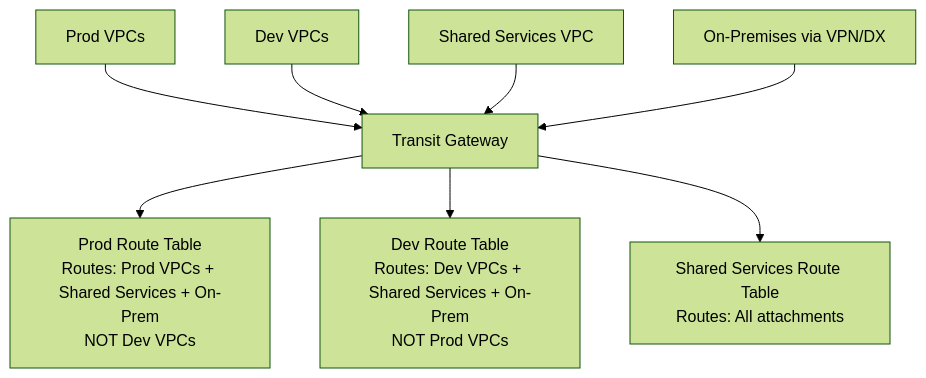
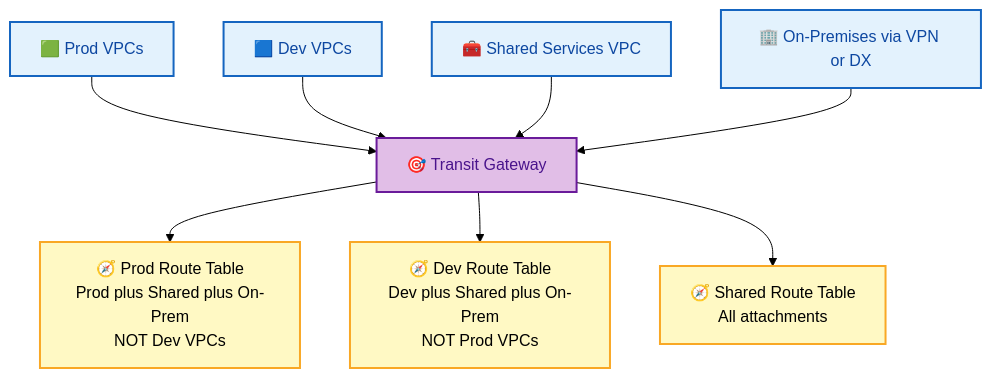
The sixth of 13 diagrams in aws/03-NETWORKING.md (rakesh-budde/devops-guide), drawn with Mermaid (forest theme) before and after one commit. The commit also changed other lines of this file and 73 other files, not shown here.

````diff
--- a/aws/03-NETWORKING.md
+++ b/aws/03-NETWORKING.md
@@ -388,11 +537,19 @@
 ```mermaid
 graph TD
-    ProdVPC[Prod VPCs] --> TGW[Transit Gateway]
-    DevVPC[Dev VPCs] --> TGW
-    SharedServices[Shared Services VPC] --> TGW
-    OnPrem[On-Premises via VPN/DX] --> TGW
-    
-    TGW --> ProdRT[Prod Route Table<br/>Routes: Prod VPCs + Shared Services + On-Prem<br/>NOT Dev VPCs]
-    TGW --> DevRT[Dev Route Table<br/>Routes: Dev VPCs + Shared Services + On-Prem<br/>NOT Prod VPCs]
-    TGW --> SharedRT[Shared Services Route Table<br/>Routes: All attachments]
+    ProdVPC["🟩 Prod VPCs"] --> TGW["🎯 Transit Gateway"]
+    DevVPC["🟦 Dev VPCs"] --> TGW
+    SharedServices["🧰 Shared Services VPC"] --> TGW
+    OnPrem["🏢 On-Premises via VPN or DX"] --> TGW
+    TGW --> ProdRT["🧭 Prod Route Table<br/>Prod plus Shared plus On-Prem<br/>NOT Dev VPCs"]
+    TGW --> DevRT["🧭 Dev Route Table<br/>Dev plus Shared plus On-Prem<br/>NOT Prod VPCs"]
+    TGW --> SharedRT["🧭 Shared Route Table<br/>All attachments"]
+    class ProdVPC,DevVPC,SharedServices,OnPrem start
+    class TGW ctrl
+    class ProdRT,DevRT,SharedRT proc
+    classDef start fill:#e3f2fd,stroke:#1565c0,color:#0d47a1,stroke-width:2px;
+    classDef proc fill:#fff9c4,stroke:#f9a825,color:#000,stroke-width:2px;
+    classDef good fill:#c8e6c9,stroke:#2e7d32,color:#1b5e20,stroke-width:2px;
+    classDef bad fill:#ffcdd2,stroke:#c62828,color:#b71c1c,stroke-width:2px;
+    classDef ctrl fill:#e1bee7,stroke:#6a1b9a,color:#4a148c,stroke-width:2px;
+    classDef store fill:#ffe0b2,stroke:#e65100,color:#000,stroke-width:2px;
 ```
````
